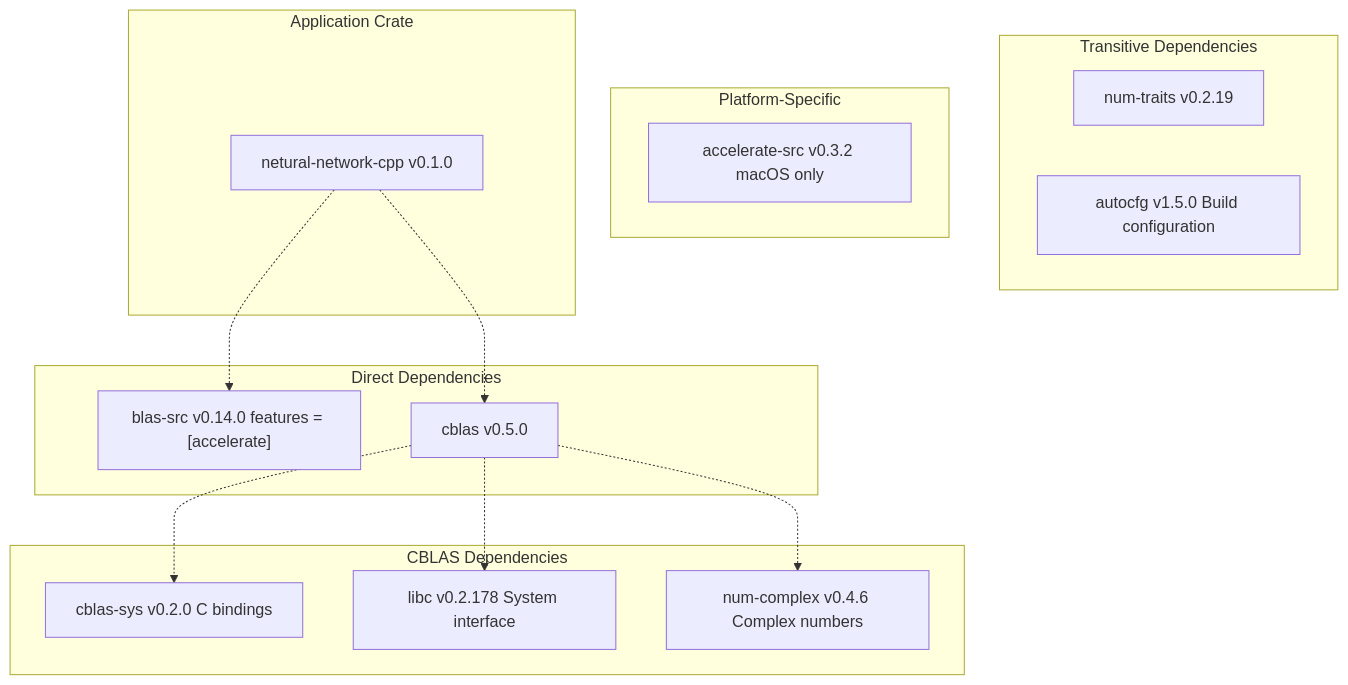
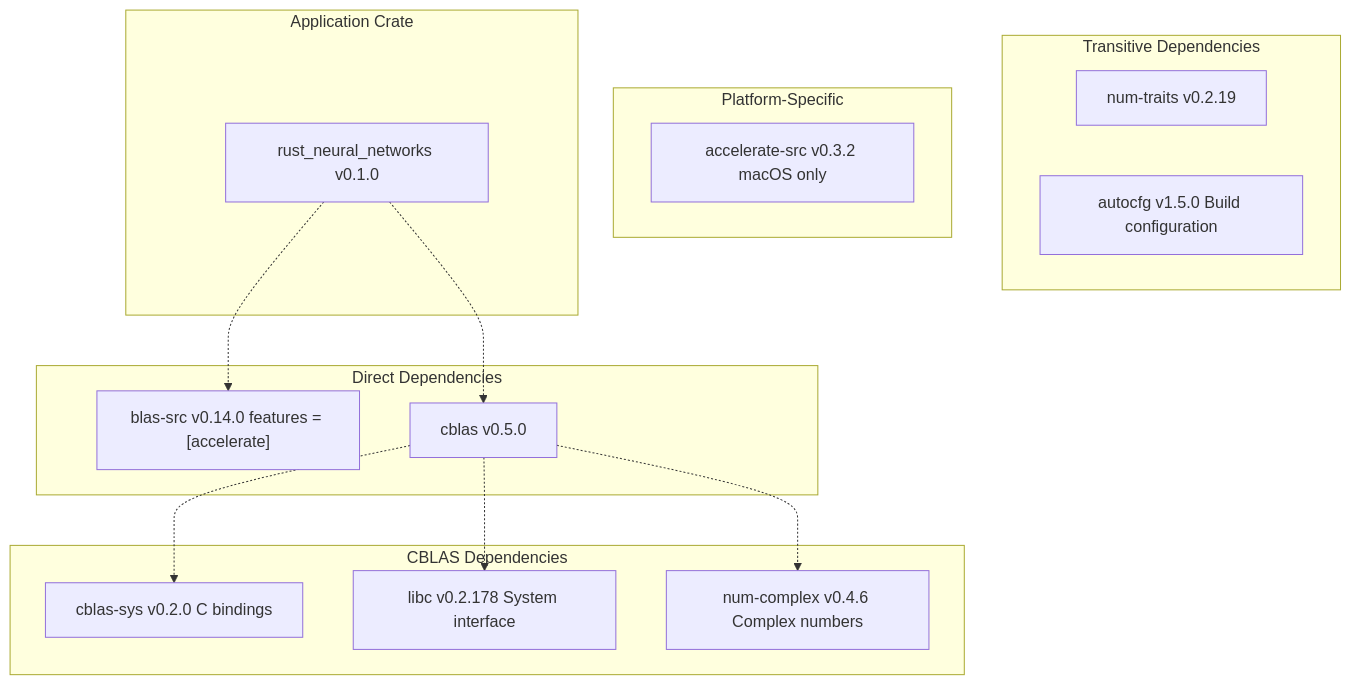
One commit to ThalesMMS/Rust-Neural-Networks changed the sixth of 6 diagrams in docs/6a Build-System.md. Above: the diagram before and after it, drawn with Mermaid. The commit also changed other lines of this file and 5 other files, not shown here.

First line of the commit message:
Rename package to rust_neural_networks

````diff
--- a/docs/6a Build-System.md
+++ b/docs/6a Build-System.md
@@ -515,43 +515,43 @@
 ```mermaid
 flowchart TD
 
-APP["netural-network-cpp v0.1.0"]
+APP["rust_neural_networks v0.1.0"]
 BLAS_SRC["blas-src v0.14.0 features = [accelerate]"]
 CBLAS["cblas v0.5.0"]
 ACCEL["accelerate-src v0.3.2 macOS only"]
 CBLAS_SYS["cblas-sys v0.2.0 C bindings"]
 LIBC["libc v0.2.178 System interface"]
 NUM_COMPLEX["num-complex v0.4.6 Complex numbers"]
 NUM_TRAITS["num-traits v0.2.19"]
 AUTOCFG["autocfg v1.5.0 Build configuration"]
 
 APP -.-> BLAS_SRC
 APP -.-> CBLAS
 CBLAS -.-> CBLAS_SYS
 CBLAS -.-> LIBC
 CBLAS -.-> NUM_COMPLEX
 
 subgraph subGraph4 ["Transitive Dependencies"]
     NUM_TRAITS
     AUTOCFG
 end
 
 subgraph subGraph3 ["CBLAS Dependencies"]
     CBLAS_SYS
     LIBC
     NUM_COMPLEX
 end
 
 subgraph Platform-Specific ["Platform-Specific"]
     ACCEL
 end
 
 subgraph subGraph1 ["Direct Dependencies"]
     BLAS_SRC
     CBLAS
 end
 
 subgraph subGraph0 ["Application Crate"]
     APP
 end
 ```
````
